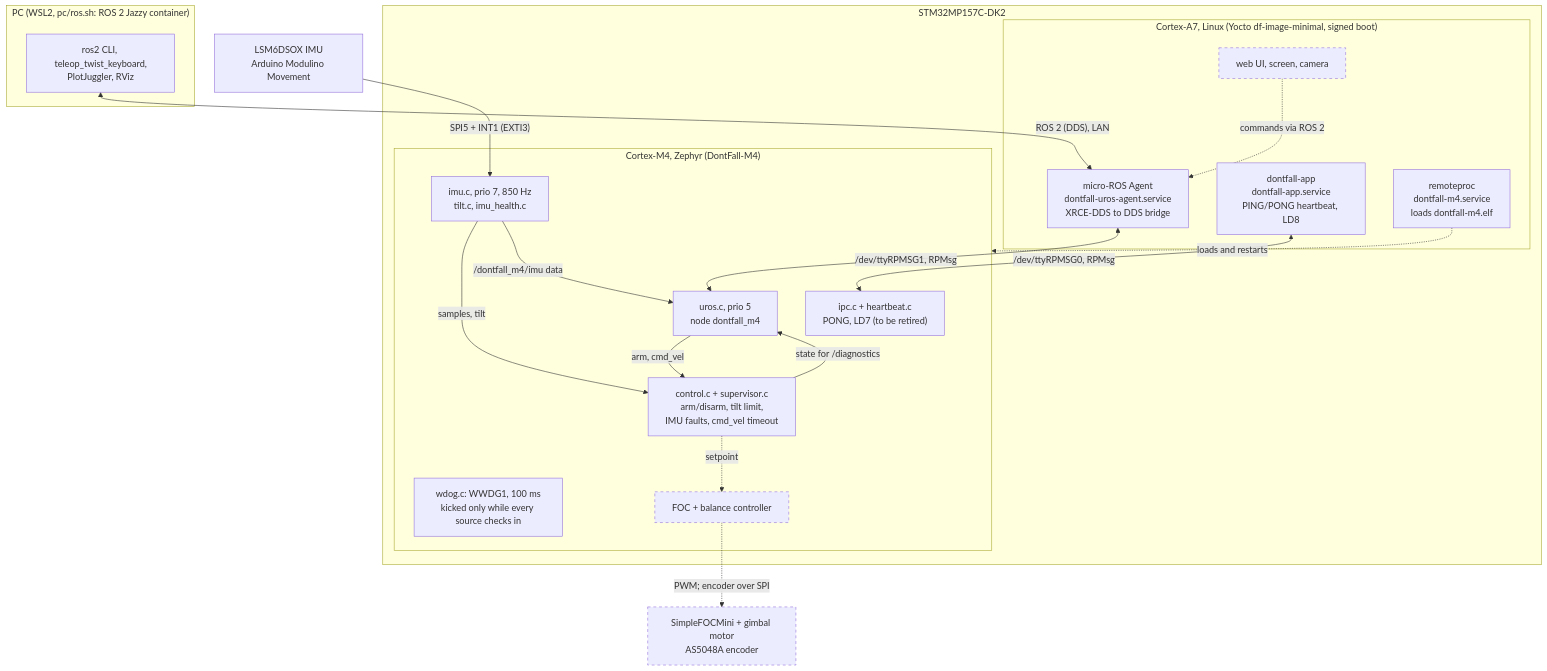
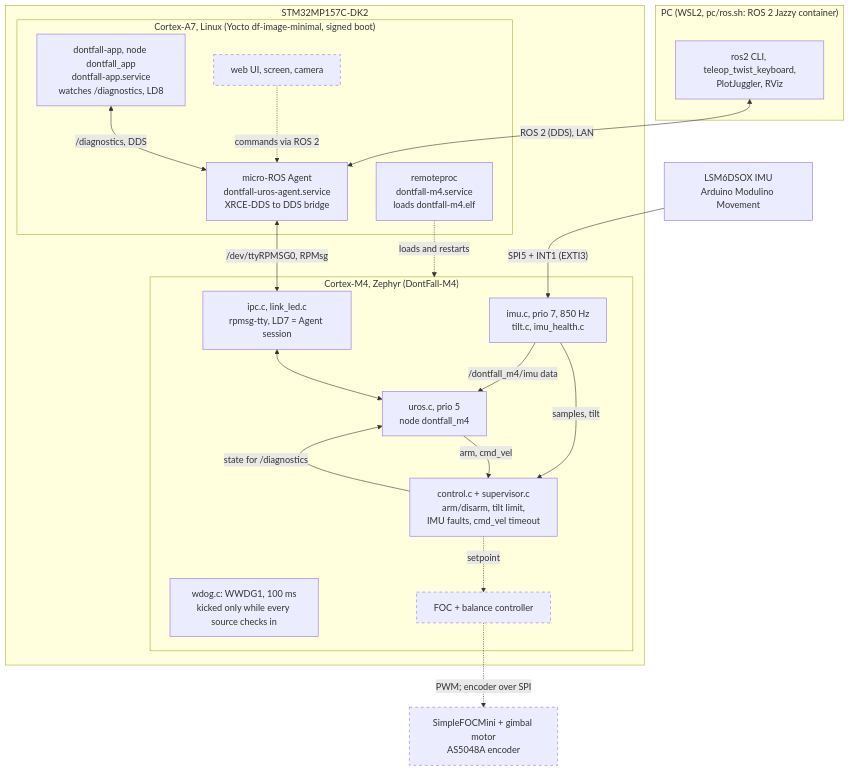
Before and after one commit to LauriAlanen/DontFall: the diagram in docs/architecture.md, drawn with Mermaid. The commit also changed other lines of this file and 12 other files, not shown here.

First line of the commit message:
Single micro-ROS link: Agent on ttyRPMSG0, the app as ROS 2 node (failsafe plan step 6)

````diff
--- a/docs/architecture.md
+++ b/docs/architecture.md
@@ -13,42 +13,43 @@
 ```mermaid
 flowchart TB
     subgraph PC["PC (WSL2, pc/ros.sh: ROS 2 Jazzy container)"]
         tools["ros2 CLI, teleop_twist_keyboard,<br/>PlotJuggler, RViz"]
     end
 
     subgraph BOARD["STM32MP157C-DK2"]
         subgraph A7["Cortex-A7, Linux (Yocto df-image-minimal, signed boot)"]
             agent["micro-ROS Agent<br/>dontfall-uros-agent.service<br/>XRCE-DDS to DDS bridge"]
-            app["dontfall-app<br/>dontfall-app.service<br/>PING/PONG heartbeat, LD8"]
+            app["dontfall-app, node dontfall_app<br/>dontfall-app.service<br/>watches /diagnostics, LD8"]
             rproc["remoteproc<br/>dontfall-m4.service<br/>loads dontfall-m4.elf"]
             web["web UI, screen, camera"]:::planned
         end
 
         subgraph M4["Cortex-M4, Zephyr (DontFall-M4)"]
             uros["uros.c, prio 5<br/>node dontfall_m4"]
-            hb["ipc.c + heartbeat.c<br/>PONG, LD7 (to be retired)"]
+            link["ipc.c, link_led.c<br/>rpmsg-tty, LD7 = Agent session"]
             ctrl["control.c + supervisor.c<br/>arm/disarm, tilt limit,<br/>IMU faults, cmd_vel timeout"]
             imu["imu.c, prio 7, 850 Hz<br/>tilt.c, imu_health.c"]
             wdog["wdog.c: WWDG1, 100 ms<br/>kicked only while every source checks in"]
             foc["FOC + balance controller"]:::planned
         end
     end
 
     sensor["LSM6DSOX IMU<br/>Arduino Modulino Movement"]
     motor["SimpleFOCMini + gimbal motor<br/>AS5048A encoder"]:::planned
 
     tools <-->|"ROS 2 (DDS), LAN"| agent
-    agent <-->|"/dev/ttyRPMSG1, RPMsg"| uros
-    app <-->|"/dev/ttyRPMSG0, RPMsg"| hb
+    agent <-->|"/dev/ttyRPMSG0, RPMsg"| link
+    link <--> uros
+    app <-->|"/diagnostics, DDS"| agent
     rproc -.->|loads and restarts| M4
     uros -->|"arm, cmd_vel"| ctrl
     ctrl -->|"state for /diagnostics"| uros
     imu -->|"samples, tilt"| ctrl
     imu -->|"/dontfall_m4/imu data"| uros
     sensor -->|"SPI5 + INT1 (EXTI3)"| imu
     ctrl -.->|setpoint| foc
     foc -.->|"PWM; encoder over SPI"| motor
     web -.->|"commands via ROS 2"| agent
 
     classDef planned stroke-dasharray: 5 5
 ```
````
